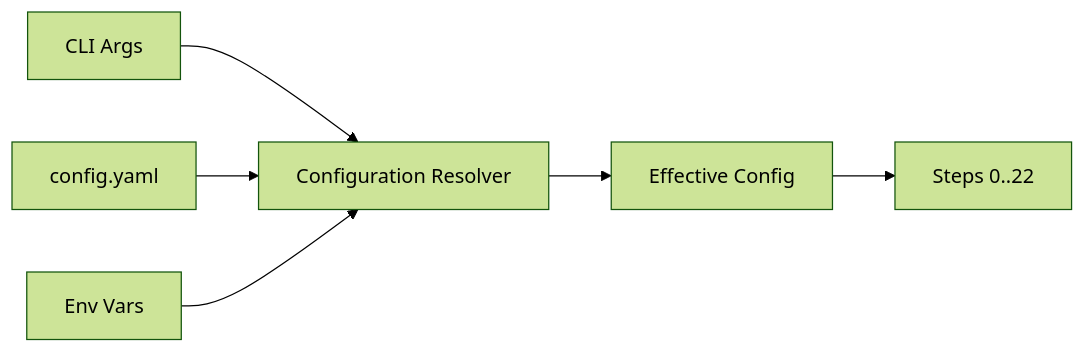
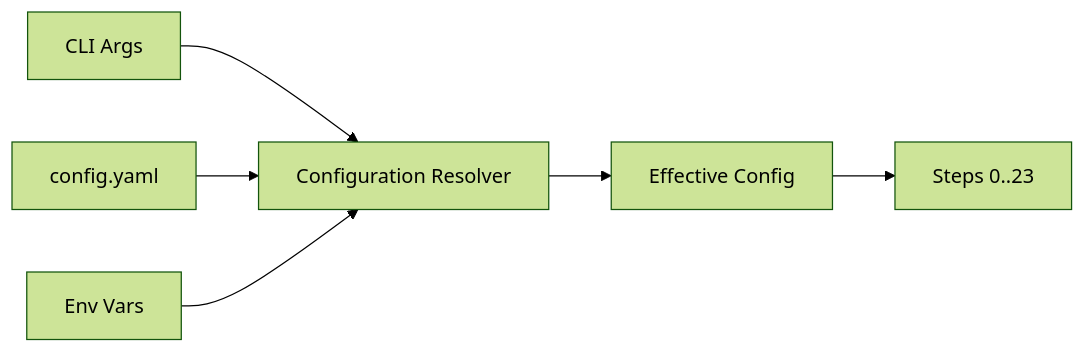
One commit to ActiveInferenceInstitute/GeneralizedNotationNotation changed the sixth of 7 diagrams in ARCHITECTURE.md. Above: the diagram before and after it, drawn with Mermaid (forest theme). The commit also changed other lines of this file and 209 other files, not shown here.

````diff
--- a/ARCHITECTURE.md
+++ b/ARCHITECTURE.md
@@ -90,8 +91,8 @@
 ```mermaid
 flowchart LR
   CLI["CLI Args"] --> Merge
   CFG["config.yaml"] --> Merge
   ENV["Env Vars"] --> Merge
   Merge["Configuration Resolver"] --> Eff["Effective Config"]
-  Eff --> Steps["Steps 0..22"]
+  Eff --> Steps["Steps 0..23"]
 ```
````
